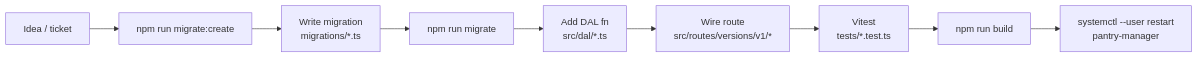
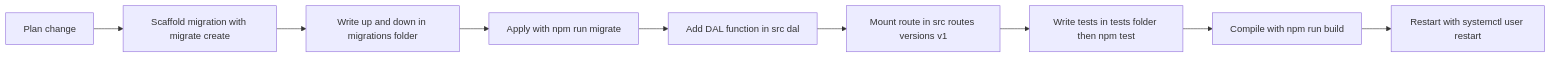
One commit to Jeffrey-Keyser/project-wiki changed the diagram in content/repos/Jeffrey-Keyser-pantry-manager/Iteration-Loop.md. Above: the diagram before and after it, drawn with Mermaid. The commit also changed other lines of this file and 150 other files, not shown here.

````diff
--- a/content/repos/Jeffrey-Keyser-pantry-manager/Iteration-Loop.md
+++ b/content/repos/Jeffrey-Keyser-pantry-manager/Iteration-Loop.md
@@ -10,11 +10,11 @@
 ```mermaid
 flowchart LR
-  A[Idea / ticket] --> B[npm run migrate:create]
-  B --> C[Write migration<br/>migrations/*.ts]
-  C --> D[npm run migrate]
-  D --> E[Add DAL fn<br/>src/dal/*.ts]
-  E --> F[Wire route<br/>src/routes/versions/v1/*]
-  F --> G[Vitest<br/>tests/*.test.ts]
-  G --> H[npm run build]
-  H --> I[systemctl --user restart<br/>pantry-manager]
+  a["Plan change"] --> b["Scaffold migration with migrate create"]
+  b --> c["Write up and down in migrations folder"]
+  c --> d["Apply with npm run migrate"]
+  d --> e["Add DAL function in src dal"]
+  e --> f["Mount route in src routes versions v1"]
+  f --> g["Write tests in tests folder then npm test"]
+  g --> h["Compile with npm run build"]
+  h --> i["Restart with systemctl user restart"]
 ```
````
